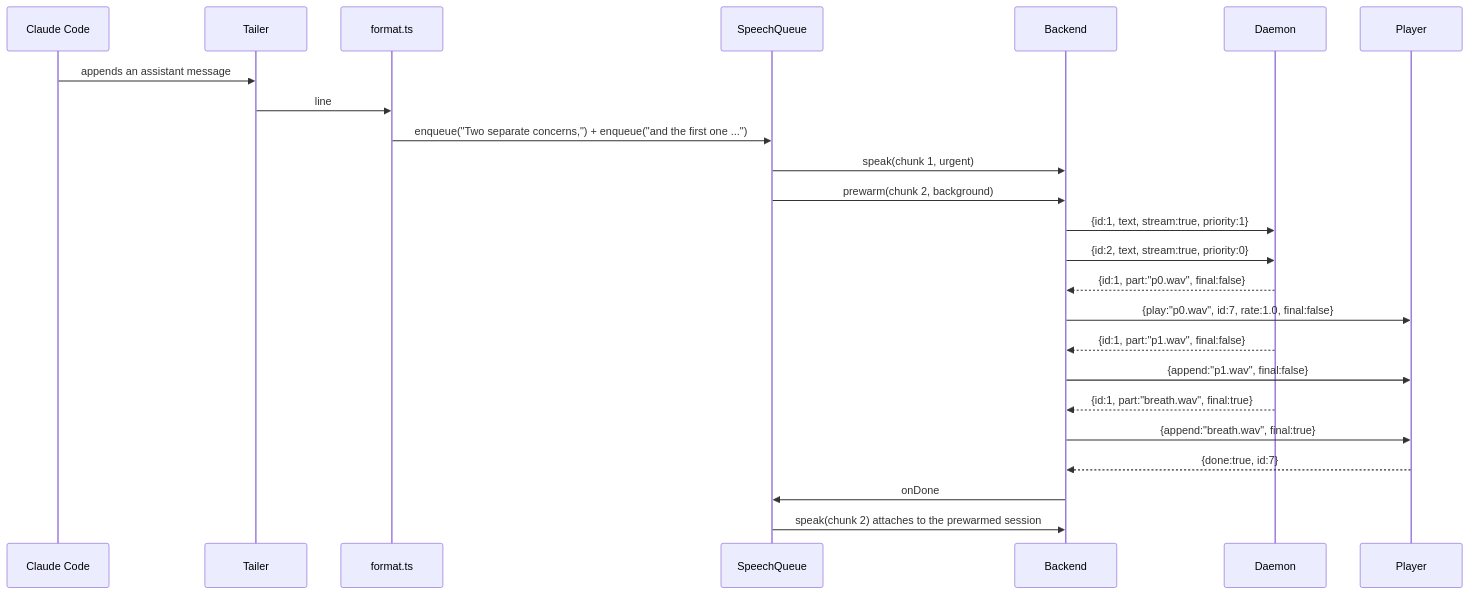
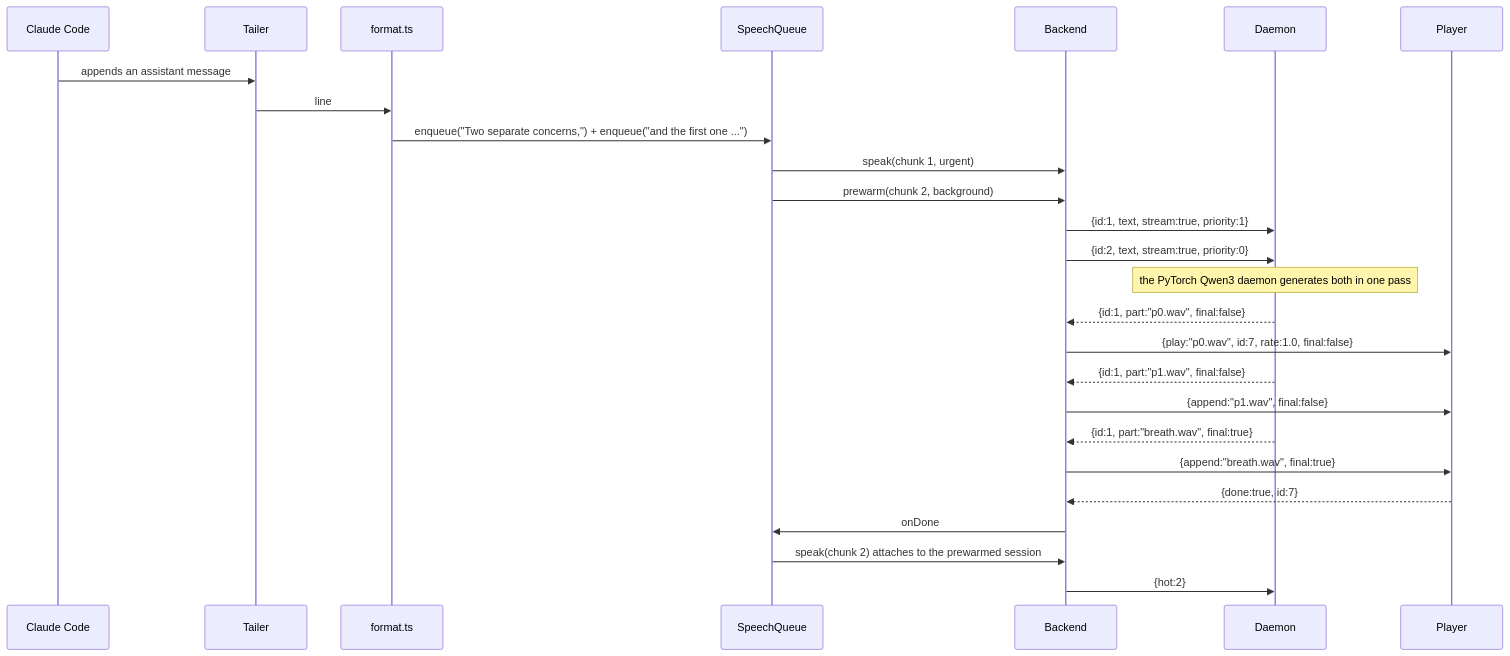
Before and after one commit to giladreich/claude-code-tts: the third of 10 diagrams in docs/ARCHITECTURE.md, drawn with Mermaid. The commit also changed other lines of this file and 18 other files, not shown here.

````diff
--- a/docs/ARCHITECTURE.md
+++ b/docs/ARCHITECTURE.md
@@ -55,26 +55,28 @@
 ```mermaid
 sequenceDiagram
     participant CC as Claude Code
     participant TL as Tailer
     participant FM as format.ts
     participant SQ as SpeechQueue
     participant BE as Backend
     participant DM as Daemon
     participant PL as Player
     CC->>TL: appends an assistant message
     TL->>FM: line
     FM->>SQ: enqueue("Two separate concerns,") + enqueue("and the first one ...")
     SQ->>BE: speak(chunk 1, urgent)
     SQ->>BE: prewarm(chunk 2, background)
     BE->>DM: {id:1, text, stream:true, priority:1}
     BE->>DM: {id:2, text, stream:true, priority:0}
+    Note over DM: the PyTorch Qwen3 daemon generates both in one pass
     DM-->>BE: {id:1, part:"p0.wav", final:false}
     BE->>PL: {play:"p0.wav", id:7, rate:1.0, final:false}
     DM-->>BE: {id:1, part:"p1.wav", final:false}
     BE->>PL: {append:"p1.wav", final:false}
     DM-->>BE: {id:1, part:"breath.wav", final:true}
     BE->>PL: {append:"breath.wav", final:true}
     PL-->>BE: {done:true, id:7}
     BE->>SQ: onDone
     SQ->>BE: speak(chunk 2) attaches to the prewarmed session
+    BE->>DM: {hot:2}
 ```
````
